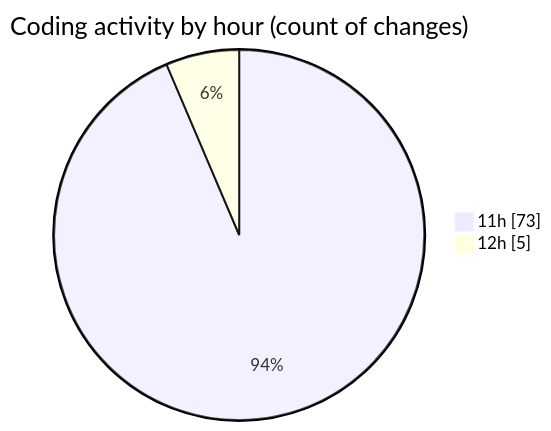
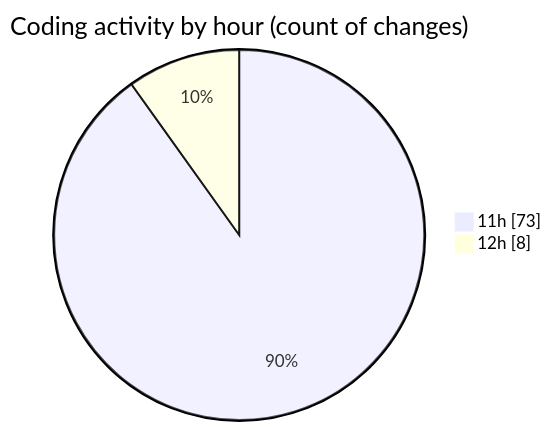
One commit to Ritupan-Deka/code-tracking changed the second of 2 diagrams in 2025-06-22/txtfiles/README.md. Above: the diagram before and after it, drawn with Mermaid. The commit also changed other lines of this file and 1 other file, not shown here.

````diff
--- a/2025-06-22/txtfiles/README.md
+++ b/2025-06-22/txtfiles/README.md
@@ -28,6 +28,6 @@
 ```mermaid
 pie showData
 title Coding activity by hour (count of changes)
 "11h" : 73
-"12h" : 5
+"12h" : 8
 ```
````
